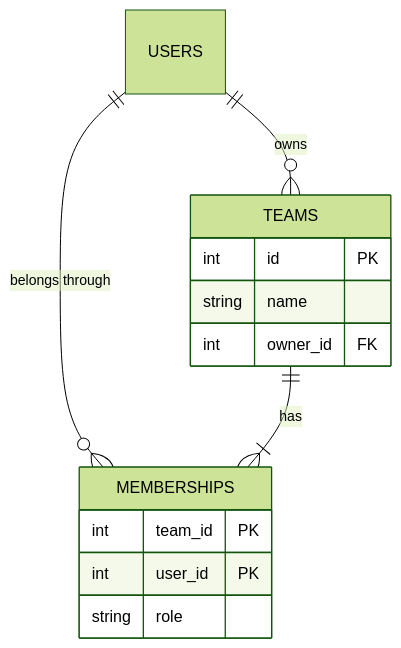
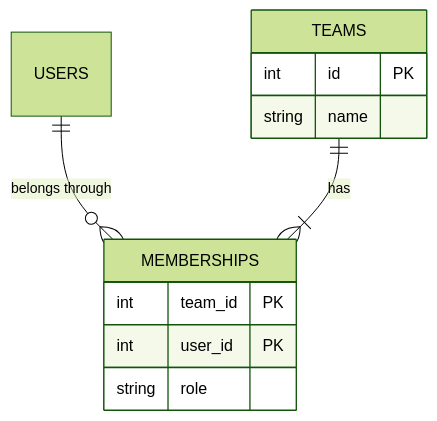
One commit to angelkurten/specforge-framework changed the second of 3 diagrams in 015-teamtasks-teams-and-membership.md. Above: the diagram before and after it, drawn with Mermaid (forest theme). The commit also changed other lines of this file and 1 other file, not shown here.

````diff
--- a/015-teamtasks-teams-and-membership.md
+++ b/015-teamtasks-teams-and-membership.md
@@ -183,16 +196,14 @@
 ```mermaid
 erDiagram
     USERS ||--o{ MEMBERSHIPS : "belongs through"
     TEAMS ||--|{ MEMBERSHIPS : "has"
-    USERS ||--o{ TEAMS : "owns"
     TEAMS {
         int id PK
         string name
-        int owner_id FK
     }
     MEMBERSHIPS {
         int team_id PK
         int user_id PK
         string role
     }
 ```
````
